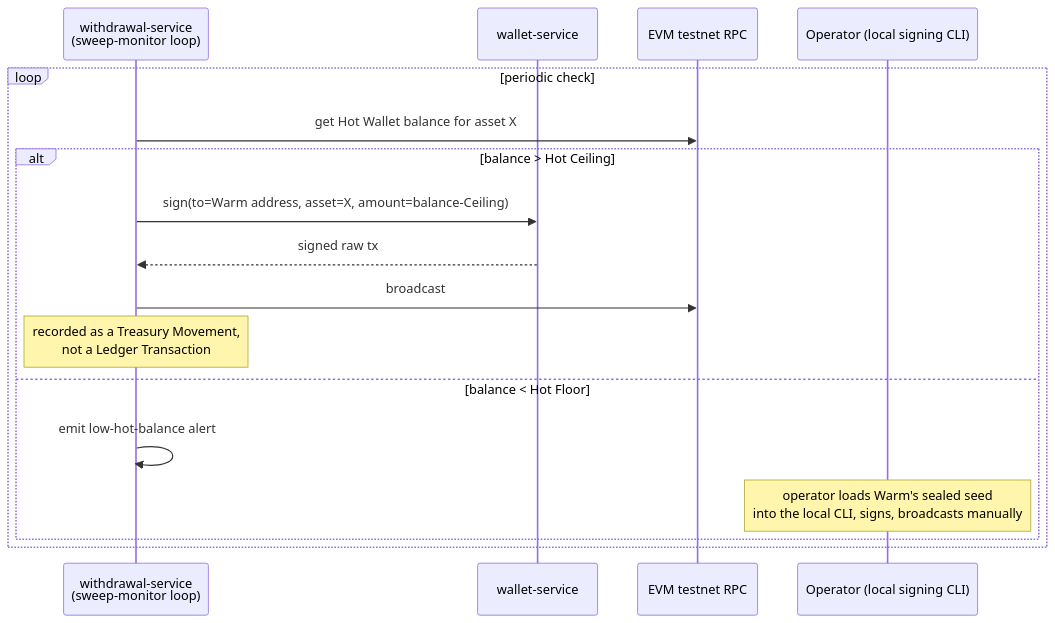
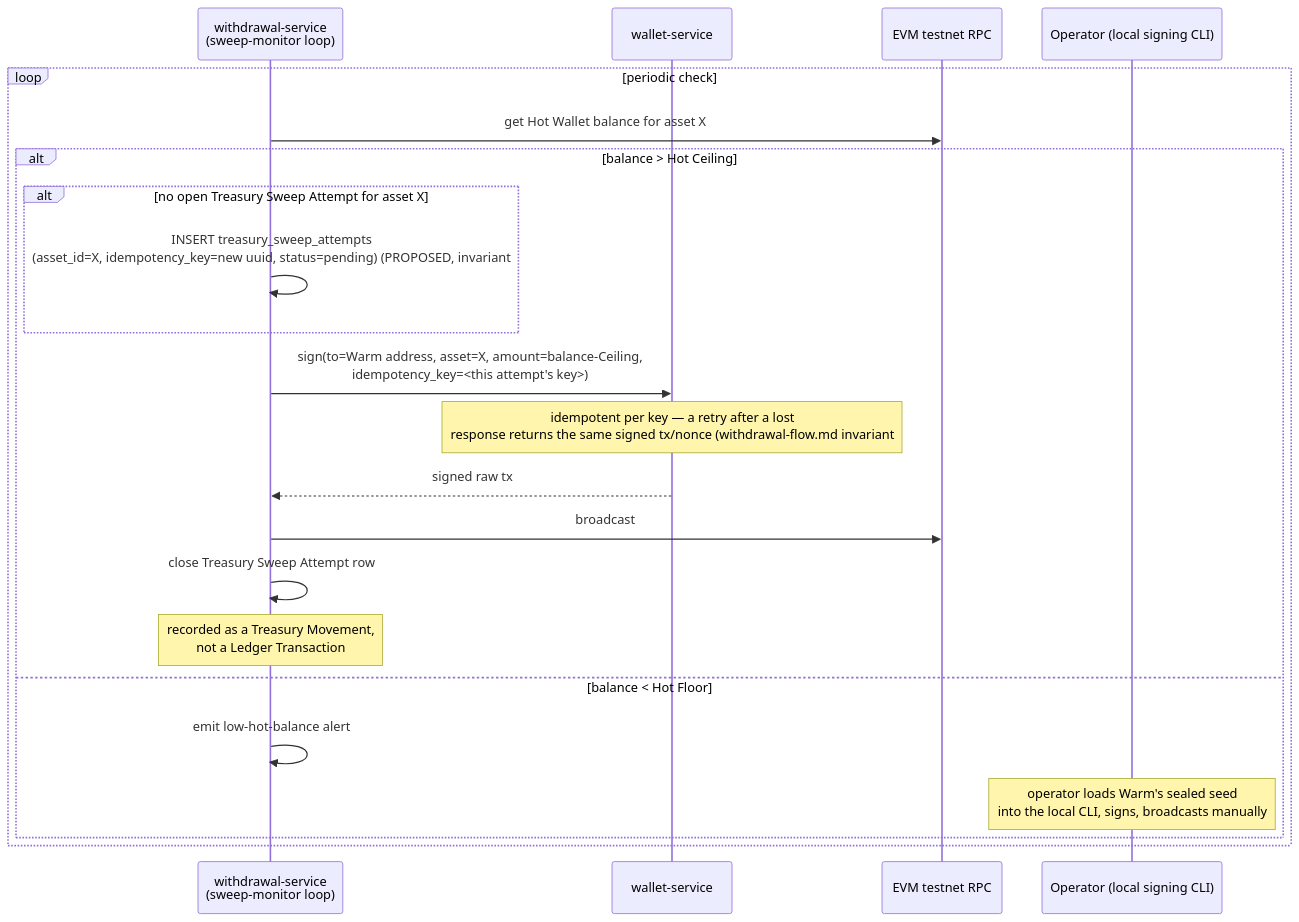
The second of 2 diagrams in docs/design/wallet-tiering.md (VuKhuongDuy/DigiWal), drawn with Mermaid before and after one commit. The commit also changed other lines of this file and 5 other files, not shown here.

````diff
--- a/docs/design/wallet-tiering.md
+++ b/docs/design/wallet-tiering.md
@@ -120,20 +153,25 @@
 ```mermaid
 sequenceDiagram
     participant Monitor as withdrawal-service<br/>(sweep-monitor loop)
     participant Wallet as wallet-service
     participant RPC as EVM testnet RPC
     participant Op as Operator (local signing CLI)
 
     loop periodic check
         Monitor->>RPC: get Hot Wallet balance for asset X
         alt balance > Hot Ceiling
-            Monitor->>Wallet: sign(to=Warm address, asset=X, amount=balance-Ceiling)
+            alt no open Treasury Sweep Attempt for asset X
+                Monitor->>Monitor: INSERT treasury_sweep_attempts<br/>(asset_id=X, idempotency_key=new uuid, status=pending) (PROPOSED, invariant #6)
+            end
+            Monitor->>Wallet: sign(to=Warm address, asset=X, amount=balance-Ceiling,<br/>idempotency_key=<this attempt's key>)
+            Note over Wallet: idempotent per key — a retry after a lost<br/>response returns the same signed tx/nonce (withdrawal-flow.md invariant #16)
             Wallet-->>Monitor: signed raw tx
             Monitor->>RPC: broadcast
+            Monitor->>Monitor: close Treasury Sweep Attempt row
             Note over Monitor: recorded as a Treasury Movement,<br/>not a Ledger Transaction
         else balance < Hot Floor
             Monitor->>Monitor: emit low-hot-balance alert
             Note over Op: operator loads Warm's sealed seed<br/>into the local CLI, signs, broadcasts manually
         end
     end
 ```
````
